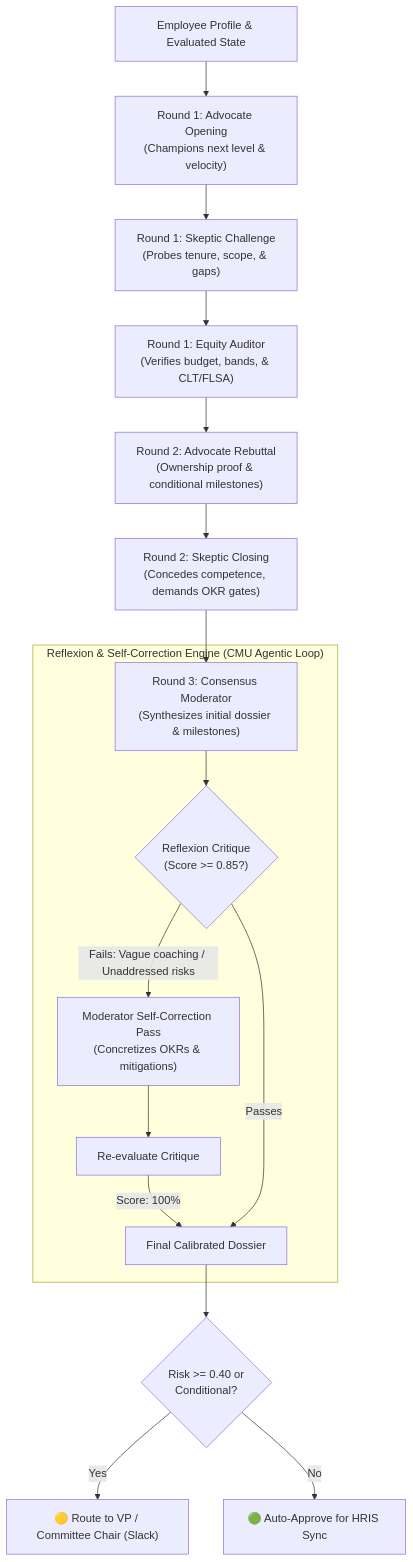
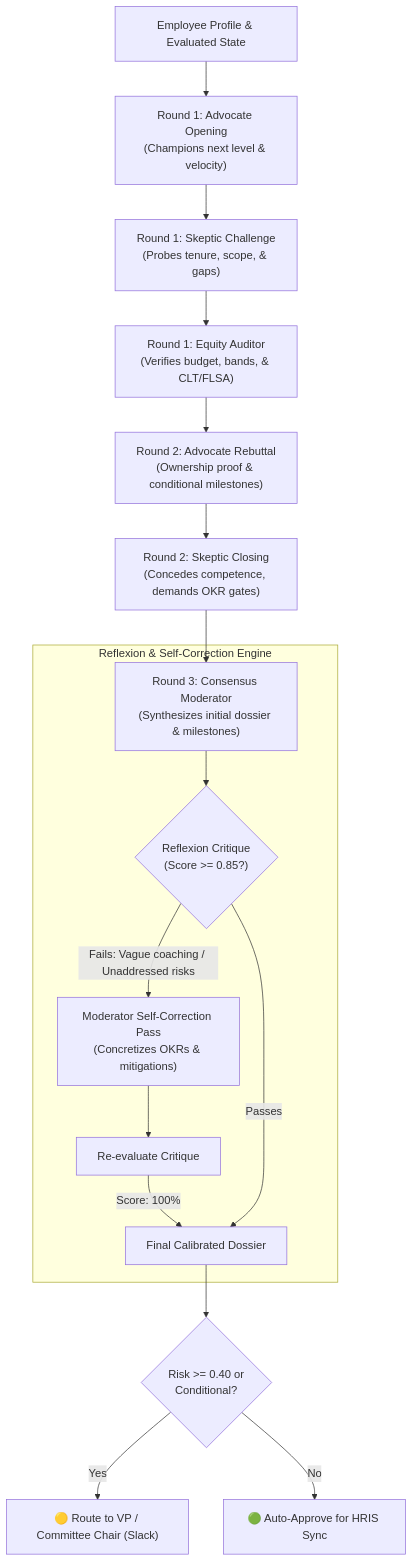
One commit to pedrogriff/people-agent-mesh changed the diagram in docs/ADR-006-multi-agent-calibration-debate.md. Above: the diagram before and after it, drawn with Mermaid. The commit also changed other lines of this file and 16 other files, not shown here.

````diff
--- a/docs/ADR-006-multi-agent-calibration-debate.md
+++ b/docs/ADR-006-multi-agent-calibration-debate.md
@@ -21,23 +21,23 @@
 ```mermaid
 flowchart TD
     Candidate["Employee Profile & Evaluated State"] --> AdvOpen["Round 1: Advocate Opening\n(Champions next level & velocity)"]
     AdvOpen --> SkepChallenge["Round 1: Skeptic Challenge\n(Probes tenure, scope, & gaps)"]
     SkepChallenge --> EqAudit["Round 1: Equity Auditor\n(Verifies budget, bands, & CLT/FLSA)"]
     
     EqAudit --> AdvRebuttal["Round 2: Advocate Rebuttal\n(Ownership proof & conditional milestones)"]
     AdvRebuttal --> SkepClosing["Round 2: Skeptic Closing\n(Concedes competence, demands OKR gates)"]
     
     SkepClosing --> ModDraft["Round 3: Consensus Moderator\n(Synthesizes initial dossier & milestones)"]
     
-    subgraph Reflexion["Reflexion & Self-Correction Engine (CMU Agentic Loop)"]
+    subgraph Reflexion["Reflexion & Self-Correction Engine"]
         ModDraft --> Critique{"Reflexion Critique\n(Score >= 0.85?)"}
         Critique -->|Fails: Vague coaching / Unaddressed risks| Refine["Moderator Self-Correction Pass\n(Concretizes OKRs & mitigations)"]
         Refine --> ReCritique["Re-evaluate Critique"]
         ReCritique -->|Score: 100%| FinalApproval
     end
     
     Critique -->|Passes| FinalApproval["Final Calibrated Dossier"]
     FinalApproval --> HITL{"Risk >= 0.40 or\nConditional?"}
     HITL -->|Yes| HumanSignoff["🟡 Route to VP / Committee Chair (Slack)"]
     HITL -->|No| SyncHRIS["🟢 Auto-Approve for HRIS Sync"]
 ```
````
